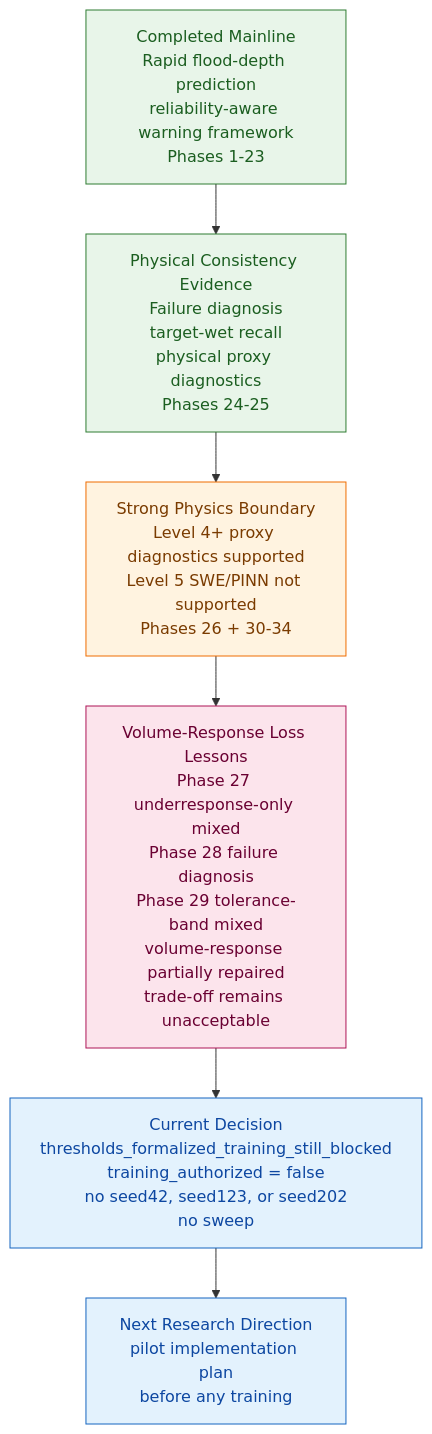
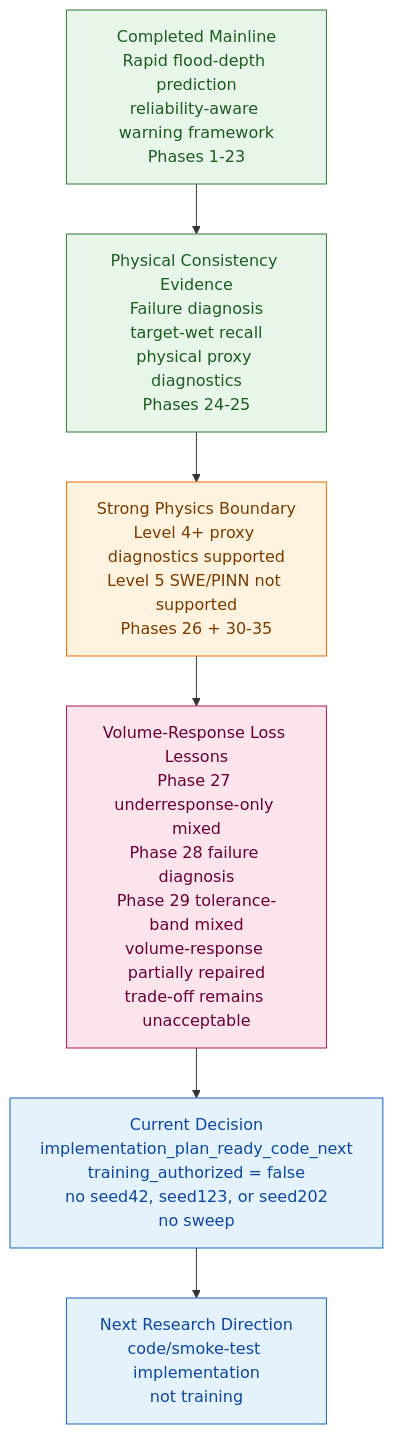
The third of 3 diagrams in README.md (HolyLin990604/physics-guided-urban-flood-prediction), drawn with Mermaid before and after one commit. The commit also changed other lines of this file and 2 other files, not shown here.

Commit message:
docs: sync phase35 pilot plan status

````diff
--- a/README.md
+++ b/README.md
@@ -464,16 +466,16 @@
 ```mermaid
 flowchart TD
     A["Completed Mainline<br/>Rapid flood-depth prediction<br/>reliability-aware warning framework<br/>Phases 1-23"]:::completed
     B["Physical Consistency Evidence<br/>Failure diagnosis<br/>target-wet recall<br/>physical proxy diagnostics<br/>Phases 24-25"]:::completed
-    C["Strong Physics Boundary<br/>Level 4+ proxy diagnostics supported<br/>Level 5 SWE/PINN not supported<br/>Phases 26 + 30-34"]:::boundary
+    C["Strong Physics Boundary<br/>Level 4+ proxy diagnostics supported<br/>Level 5 SWE/PINN not supported<br/>Phases 26 + 30-35"]:::boundary
     D["Volume-Response Loss Lessons<br/>Phase 27 underresponse-only mixed<br/>Phase 28 failure diagnosis<br/>Phase 29 tolerance-band mixed<br/>volume-response partially repaired<br/>trade-off remains unacceptable"]:::diagnosis
-    E["Current Decision<br/>thresholds_formalized_training_still_blocked<br/>training_authorized = false<br/>no seed42, seed123, or seed202<br/>no sweep"]:::current
-    F["Next Research Direction<br/>pilot implementation plan<br/>before any training"]:::current
+    E["Current Decision<br/>implementation_plan_ready_code_next<br/>training_authorized = false<br/>no seed42, seed123, or seed202<br/>no sweep"]:::current
+    F["Next Research Direction<br/>code/smoke-test implementation<br/>not training"]:::current
 
     A --> B --> C --> D --> E --> F
 
     classDef completed fill:#e8f5e9,stroke:#2e7d32,color:#1b5e20
     classDef boundary fill:#fff3e0,stroke:#ef6c00,color:#7a3b00
     classDef diagnosis fill:#fce4ec,stroke:#ad1457,color:#6a0032
     classDef current fill:#e3f2fd,stroke:#1565c0,color:#0d47a1
 ```
````
